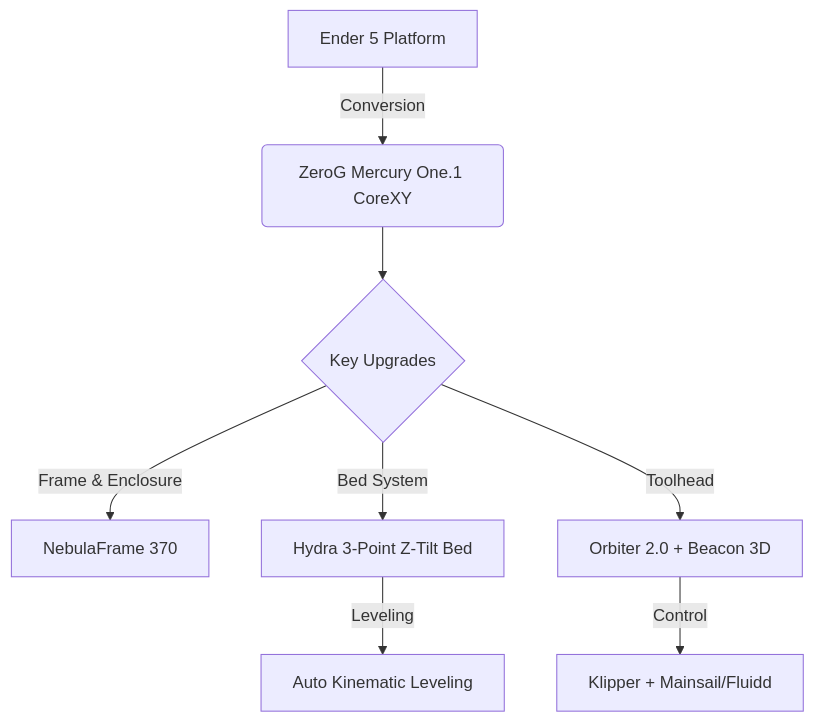
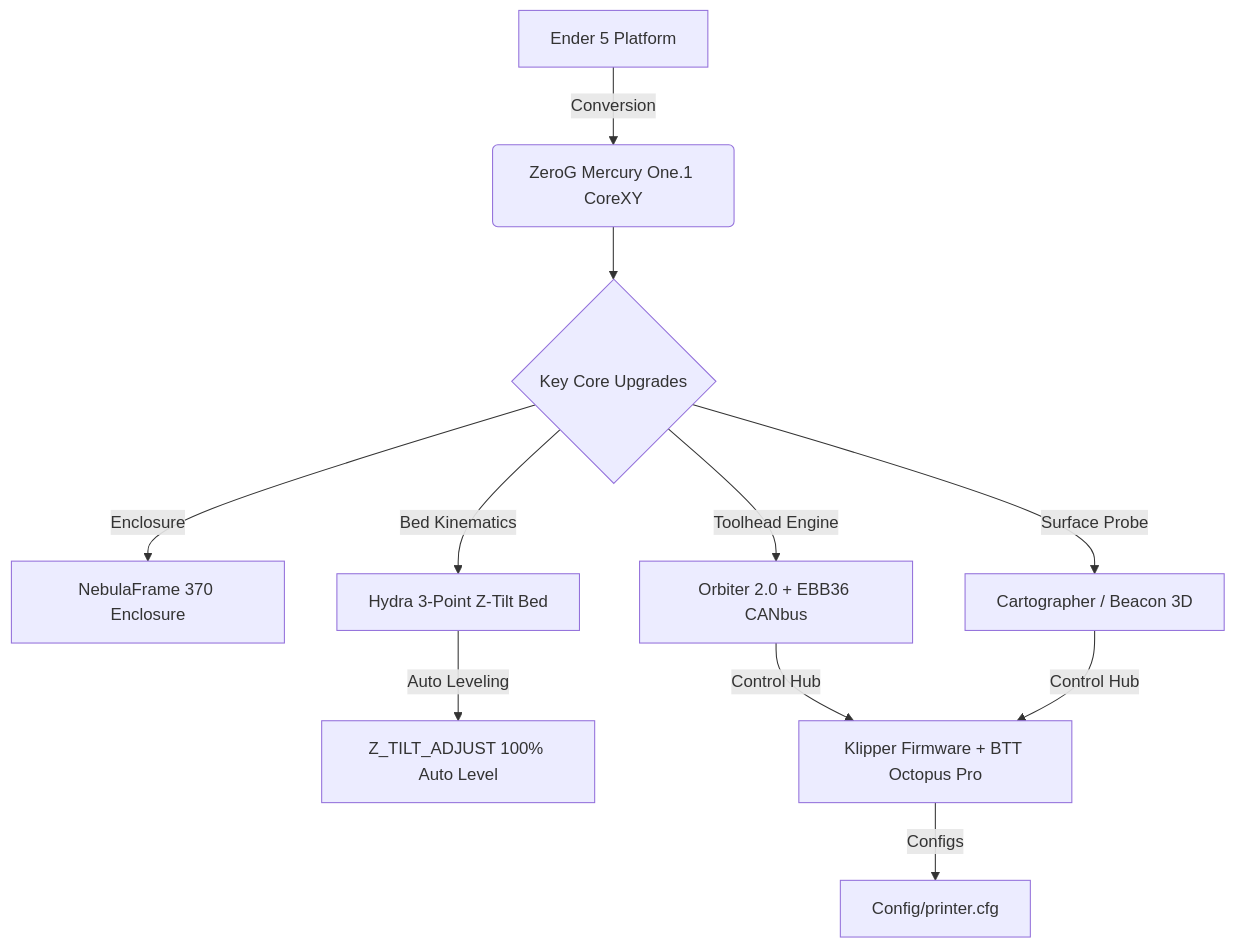
The first of 2 diagrams in README.md (Icezaza2543/ZeroG-MercuryOne.1-With-NebulaFrame-370), drawn with Mermaid before and after one commit. The commit also changed other lines of this file and 1 other file, not shown here.

Commit message:
docs(readme): rewrite README and update assembly guide with system diagrams and Klipper workflow

````diff
--- a/README.md
+++ b/README.md
@@ -29,11 +64,14 @@
 ```mermaid
 graph TD
     A[Ender 5 Platform] -->|Conversion| B(ZeroG Mercury One.1 CoreXY)
-    B --> C{Key Upgrades}
-    C -->|Frame & Enclosure| D[NebulaFrame 370]
-    C -->|Bed System| E[Hydra 3-Point Z-Tilt Bed]
-    C -->|Toolhead| F[Orbiter 2.0 + Beacon 3D]
+    B --> C{Key Core Upgrades}
     
-    E -->|Leveling| G[Auto Kinematic Leveling]
-    F -->|Control| H[Klipper + Mainsail/Fluidd]
+    C -->|Enclosure| D[NebulaFrame 370 Enclosure]
+    C -->|Bed Kinematics| E[Hydra 3-Point Z-Tilt Bed]
+    C -->|Toolhead Engine| F[Orbiter 2.0 + EBB36 CANbus]
+    C -->|Surface Probe| G[Cartographer / Beacon 3D]
+
+    E -->|Auto Leveling| H[Z_TILT_ADJUST 100% Auto Level]
+    F & G -->|Control Hub| I[Klipper Firmware + BTT Octopus Pro]
+    I -->|Configs| J[Config/printer.cfg]
 ```
````
